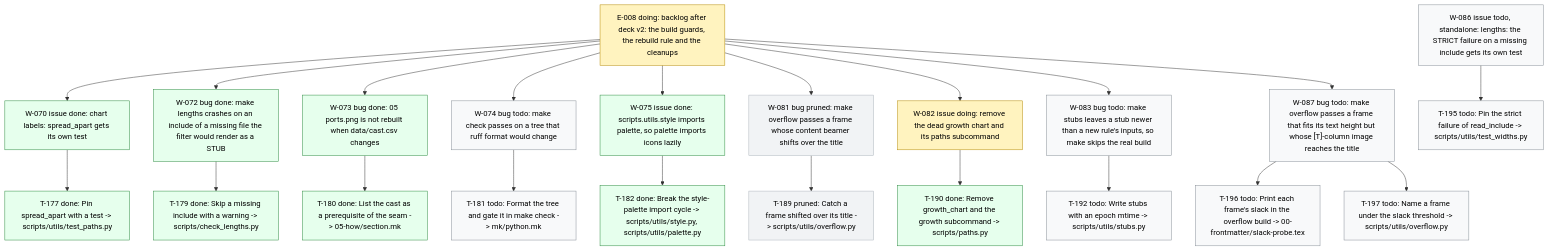
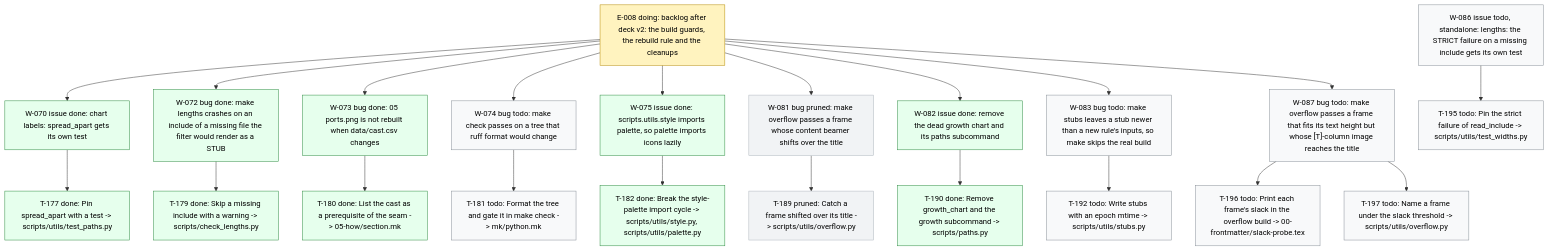
Before and after one commit to dpopchev/chaos-to-simple: the diagram in .board/BOARD.md, drawn with Mermaid. The commit also changed other lines of this file and 1 other file, not shown here.

Commit message:
chore(board): close W-082 -- landed
Refs: W-082

````diff
--- a/.board/BOARD.md
+++ b/.board/BOARD.md
@@ -487,34 +487,34 @@
 ```mermaid
 flowchart TD
   E008["E-008 doing: backlog after deck v2: the build guards, the rebuild rule and the cleanups"]
   E008 --> W070["W-070 issue done: chart labels: spread_apart gets its own test"]
   W070 --> T177["T-177 done: Pin spread_apart with a test -> scripts/utils/test_paths.py"]
   E008 --> W072["W-072 bug done: make lengths crashes on an include of a missing file the filter would render as a STUB"]
   W072 --> T179["T-179 done: Skip a missing include with a warning -> scripts/check_lengths.py"]
   E008 --> W073["W-073 bug done: 05 ports.png is not rebuilt when data/cast.csv changes"]
   W073 --> T180["T-180 done: List the cast as a prerequisite of the seam -> 05-how/section.mk"]
   E008 --> W074["W-074 bug todo: make check passes on a tree that ruff format would change"]
   W074 --> T181["T-181 todo: Format the tree and gate it in make check -> mk/python.mk"]
   E008 --> W075["W-075 issue done: scripts.utils.style imports palette, so palette imports icons lazily"]
   W075 --> T182["T-182 done: Break the style-palette import cycle -> scripts/utils/style.py, scripts/utils/palette.py"]
   E008 --> W081["W-081 bug pruned: make overflow passes a frame whose content beamer shifts over the title"]
   W081 --> T189["T-189 pruned: Catch a frame shifted over its title -> scripts/utils/overflow.py"]
-  E008 --> W082["W-082 issue doing: remove the dead growth chart and its paths subcommand"]
+  E008 --> W082["W-082 issue done: remove the dead growth chart and its paths subcommand"]
   W082 --> T190["T-190 done: Remove growth_chart and the growth subcommand -> scripts/paths.py"]
   E008 --> W083["W-083 bug todo: make stubs leaves a stub newer than a new rule's inputs, so make skips the real build"]
   W083 --> T192["T-192 todo: Write stubs with an epoch mtime -> scripts/utils/stubs.py"]
   E008 --> W087["W-087 bug todo: make overflow passes a frame that fits its text height but whose [T]-column image reaches the title"]
   W087 --> T196["T-196 todo: Print each frame's slack in the overflow build -> 00-frontmatter/slack-probe.tex"]
   W087 --> T197["T-197 todo: Name a frame under the slack threshold -> scripts/utils/overflow.py"]
   W086["W-086 issue todo, standalone: lengths: the STRICT failure on a missing include gets its own test"]
   W086 --> T195["T-195 todo: Pin the strict failure of read_include -> scripts/utils/test_widths.py"]
   classDef doing fill:#fff3bf,stroke:#b58900,color:#000;
   classDef blocked fill:#ffe3e3,stroke:#c92a2a,color:#000;
   classDef done fill:#e6ffed,stroke:#2b8a3e,color:#000;
   classDef todo fill:#f8f9fa,stroke:#868e96,color:#000;
   classDef pruned fill:#f1f3f5,stroke:#adb5bd,color:#000;
-  class E008,W082 doing
-  class W070,T177,W072,T179,W073,T180,W075,T182,T190 done
+  class E008 doing
+  class W070,T177,W072,T179,W073,T180,W075,T182,W082,T190 done
   class W074,T181,W083,T192,W087,T196,T197,W086,T195 todo
   class W081,T189 pruned
 ```
````
